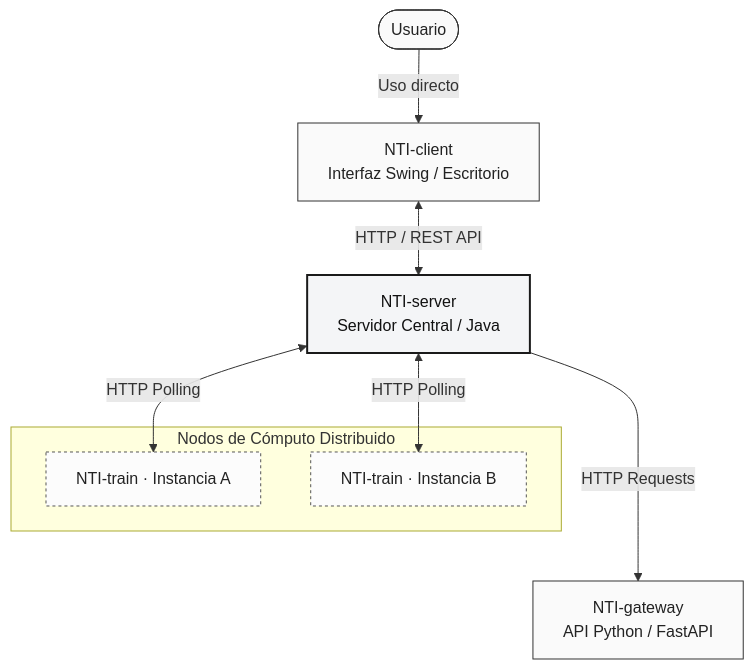
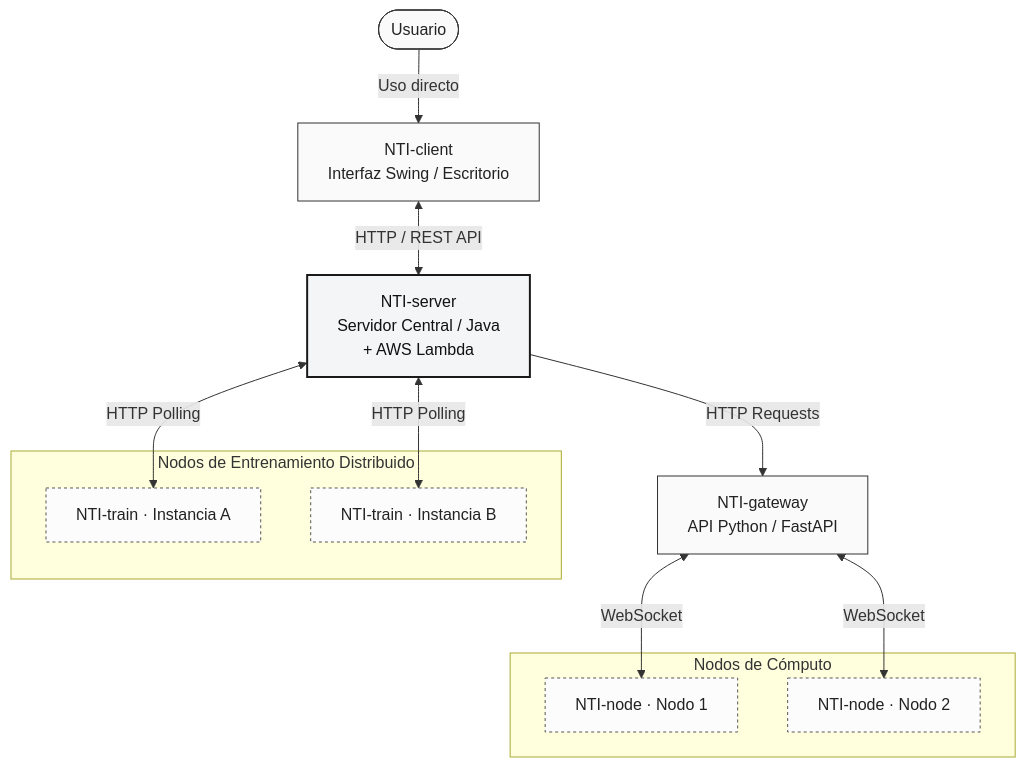
The diagram in profile/README.md (FrefLabs/.github), drawn with Mermaid before and after one commit. The commit also changed other lines of this file, not shown here.

Commit message:
docs: update org profile with NTI-node, M2 model and current architecture

````diff
--- a/profile/README.md
+++ b/profile/README.md
@@ -48,29 +51,35 @@
 ```mermaid
 flowchart TD
   %% Definición de Nodos principales
-    User([Usuario])
-    Client[NTI-client<br/>Interfaz Swing / Escritorio<br/>]
-    Server[NTI-server<br/>Servidor Central / Java<br/>]
-    Gateway[NTI-gateway<br/>API Python / FastAPI <br/>]
+  User([Usuario])
+  Client[NTI-client<br/>Interfaz Swing / Escritorio]
+  Server[NTI-server<br/>Servidor Central / Java<br/>+ AWS Lambda]
+  Gateway[NTI-gateway<br/>API Python / FastAPI]
 
-    %% Subgrafica para denotar el paralelismo de los trabajadores
-    subgraph Cluster_Train [Nodos de Cómputo Distribuido]
-        TrainA[NTI-train · Instancia A]
-        TrainB[NTI-train · Instancia B]
-    end
+  %% Subgrafica para denotar el paralelismo de los trabajadores
+  subgraph Cluster_Train [Nodos de Entrenamiento Distribuido]
+    TrainA[NTI-train · Instancia A]
+    TrainB[NTI-train · Instancia B]
+  end
 
-    %% Conexiones y Flujos de Comunicación
-    User -->|Uso directo| Client
-    Client <-->|HTTP / REST API| Server
-    Server --->|HTTP Requests| Gateway
-    Server <-->|HTTP Polling| TrainA
-    Server <-->|HTTP Polling| TrainB
+  subgraph Cluster_Nodes [Nodos de Cómputo]
+    NodeA[NTI-node · Nodo 1]
+    NodeB[NTI-node · Nodo 2]
+  end
 
-    classDef default fill:#fafafa,stroke:#333,stroke-width:1px,color:#222;
-    classDef highlight fill:#f4f5f7,stroke:#1a1a1a,stroke-width:2px,color:#111;
-    classDef worker fill:#fcfcfc,stroke:#555,stroke-dasharray: 3 3;
-    
-    class Server highlight;
-    class TrainA,TrainB worker;
+  %% Conexiones y Flujos de Comunicación
+  User -->|Uso directo| Client
+  Client <-->|HTTP / REST API| Server
+  Server -->|HTTP Requests| Gateway
+  Server <-->|HTTP Polling| TrainA
+  Server <-->|HTTP Polling| TrainB
+  Gateway <-->|WebSocket| NodeA
+  Gateway <-->|WebSocket| NodeB
 
+  classDef default fill:#fafafa,stroke:#333,stroke-width:1px,color:#222;
+  classDef highlight fill:#f4f5f7,stroke:#1a1a1a,stroke-width:2px,color:#111;
+  classDef worker fill:#fcfcfc,stroke:#555,stroke-dasharray: 3 3;
+
+  class Server highlight;
+  class TrainA,TrainB,NodeA,NodeB worker;
 ```
````
